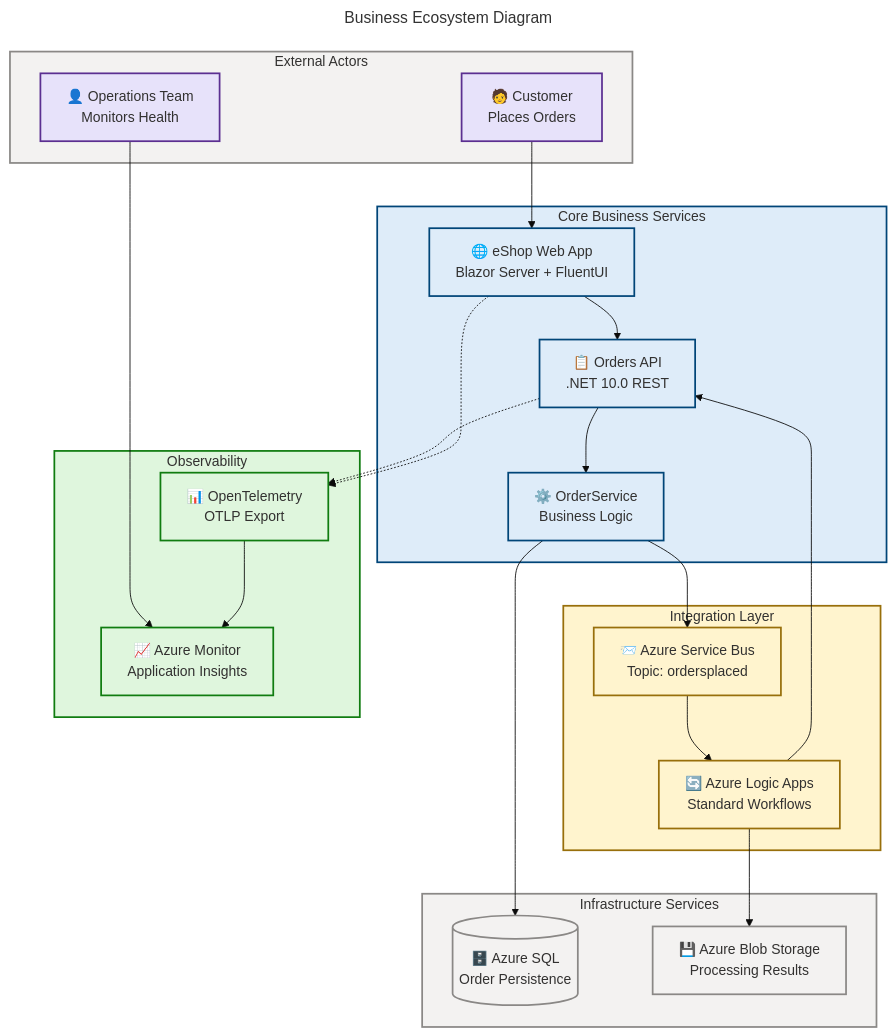
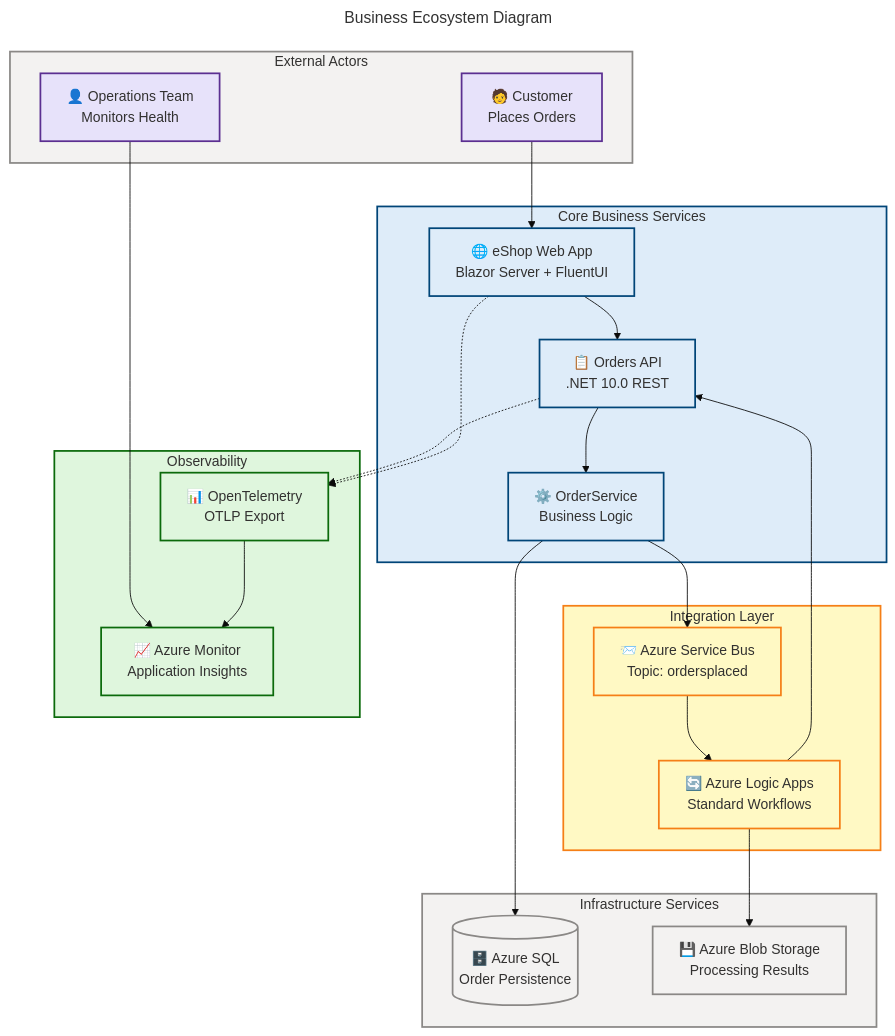
One commit to Evilazaro/Azure-LogicApps-Monitoring changed the fourth of 13 diagrams in docs/architecture/Business-Layer-Architecture.md. Above: the diagram before and after it, drawn with Mermaid. The commit also changed other lines of this file and 3 other files, not shown here.

Commit message:
docs: update color definitions in architecture diagrams for improved clarity and consistency

````diff
--- a/docs/architecture/Business-Layer-Architecture.md
+++ b/docs/architecture/Business-Layer-Architecture.md
@@ -231,76 +231,76 @@
 ```mermaid
 ---
 title: "Business Ecosystem Diagram"
 config:
   theme: base
   themeVariables:
     fontSize: '16px'
 ---
 graph TB
     accTitle: Business Ecosystem Diagram
     accDescr: Shows the eShop Order Management platform within its broader ecosystem including external actors, core services, infrastructure services, and observability layer
 
     %% ═══════════════════════════════════════════════════════════════
     %% AZURE / FLUENT ARCHITECTURE PATTERN v1.1
     %% Generated: 2026-02-18T10:30:00Z
     %% Layer: Business
     %% Components: 11
     %% ═══════════════════════════════════════════════════════════════
 
     subgraph external ["External Actors"]
         customer["🧑 Customer<br/>Places Orders"]
         ops["👤 Operations Team<br/>Monitors Health"]
     end
 
     subgraph core ["Core Business Services"]
         webapp["🌐 eShop Web App<br/>Blazor Server + FluentUI"]
         api["📋 Orders API<br/>.NET 10.0 REST"]
         orderSvc["⚙️ OrderService<br/>Business Logic"]
     end
 
     subgraph integration ["Integration Layer"]
         sb["📨 Azure Service Bus<br/>Topic: ordersplaced"]
         la["🔄 Azure Logic Apps<br/>Standard Workflows"]
     end
 
     subgraph infra ["Infrastructure Services"]
         sql[("🗄️ Azure SQL<br/>Order Persistence")]
         blob["💾 Azure Blob Storage<br/>Processing Results"]
     end
 
     subgraph observability ["Observability"]
         otel["📊 OpenTelemetry<br/>OTLP Export"]
         monitor["📈 Azure Monitor<br/>Application Insights"]
     end
 
     customer --> webapp
     ops --> monitor
     webapp --> api
     api --> orderSvc
     orderSvc --> sql
     orderSvc --> sb
     sb --> la
     la --> api
     la --> blob
     otel --> monitor
     api -.-> otel
     webapp -.-> otel
 
     style external fill:#F3F2F1,stroke:#8A8886,stroke-width:2px,color:#323130
     style core fill:#DEECF9,stroke:#004578,stroke-width:2px,color:#323130
-    style integration fill:#FFF4CE,stroke:#986F0B,stroke-width:2px,color:#323130
+    style integration fill:#FFF9C4,stroke:#F57F17,stroke-width:2px,color:#323130
     style infra fill:#F3F2F1,stroke:#8A8886,stroke-width:2px,color:#323130
-    style observability fill:#DFF6DD,stroke:#107C10,stroke-width:2px,color:#323130
+    style observability fill:#DFF6DD,stroke:#0B6A0B,stroke-width:2px,color:#323130
 
     classDef actorStyle fill:#E7E2FA,stroke:#5B2F91,stroke-width:2px,color:#323130
     classDef serviceStyle fill:#DEECF9,stroke:#004578,stroke-width:2px,color:#323130
-    classDef integrationStyle fill:#FFF4CE,stroke:#986F0B,stroke-width:2px,color:#323130
+    classDef integrationStyle fill:#FFF9C4,stroke:#F57F17,stroke-width:2px,color:#323130
     classDef infraStyle fill:#F3F2F1,stroke:#8A8886,stroke-width:2px,color:#323130
-    classDef otelStyle fill:#DFF6DD,stroke:#107C10,stroke-width:2px,color:#323130
+    classDef otelStyle fill:#DFF6DD,stroke:#0B6A0B,stroke-width:2px,color:#323130
 
     class customer,ops actorStyle
     class webapp,api,orderSvc serviceStyle
     class sb,la integrationStyle
     class sql,blob infraStyle
     class otel,monitor otelStyle
 ```
````
